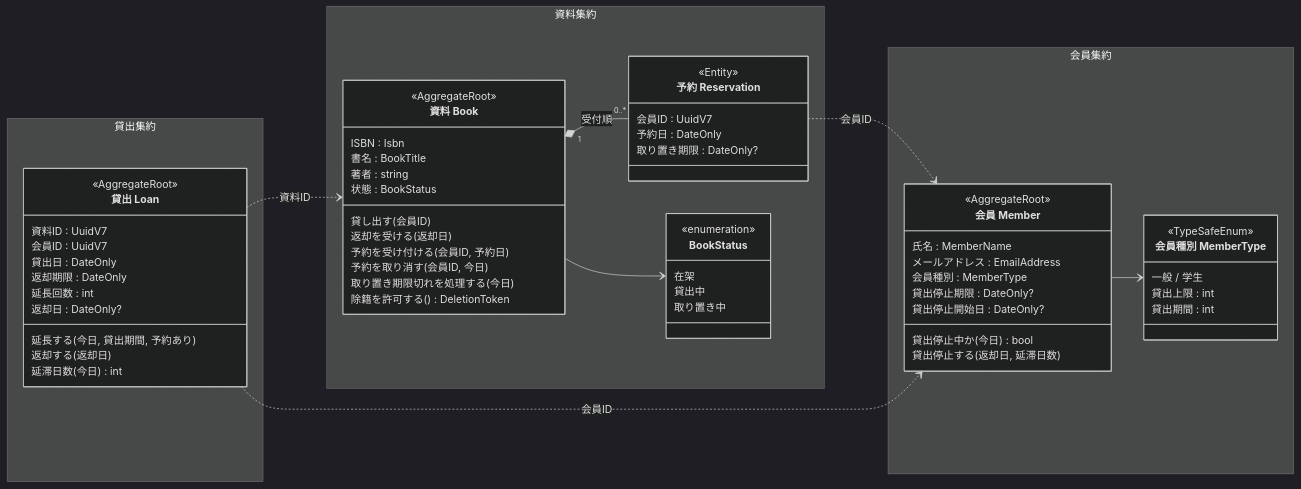
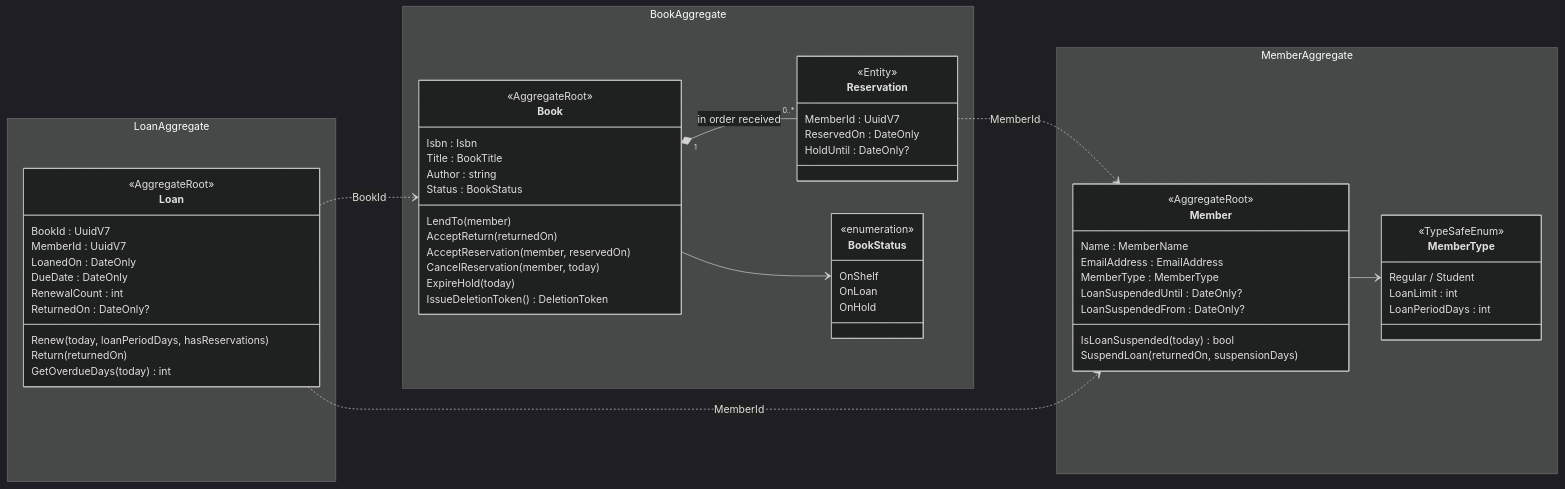
Before and after one commit to sashimi343/D3Fragments: the diagram in demo/01_BasicWebApp/README.md, drawn with Mermaid (dark theme). The commit also changed other lines of this file and 87 other files, not shown here.

````diff
--- a/demo/01_BasicWebApp/README.md
+++ b/demo/01_BasicWebApp/README.md
@@ -64,73 +64,73 @@
 ```mermaid
 classDiagram
     direction LR
 
-    namespace 会員集約 {
-        class Member["会員 Member"] {
+    namespace MemberAggregate {
+        class Member {
             <<AggregateRoot>>
-            氏名 : MemberName
-            メールアドレス : EmailAddress
-            会員種別 : MemberType
-            貸出停止期限 : DateOnly?
-            貸出停止開始日 : DateOnly?
-            貸出停止中か(今日) bool
-            貸出停止する(返却日, 延滞日数)
+            Name : MemberName
+            EmailAddress : EmailAddress
+            MemberType : MemberType
+            LoanSuspendedUntil : DateOnly?
+            LoanSuspendedFrom : DateOnly?
+            IsLoanSuspended(today) bool
+            SuspendLoan(returnedOn, suspensionDays)
         }
-        class MemberType["会員種別 MemberType"] {
+        class MemberType {
             <<TypeSafeEnum>>
-            一般 / 学生
-            貸出上限 : int
-            貸出期間 : int
+            Regular / Student
+            LoanLimit : int
+            LoanPeriodDays : int
         }
     }
 
-    namespace 資料集約 {
-        class Book["資料 Book"] {
+    namespace BookAggregate {
+        class Book {
             <<AggregateRoot>>
-            ISBN : Isbn
-            書名 : BookTitle
-            著者 : string
-            状態 : BookStatus
-            貸し出す(会員ID)
-            返却を受ける(返却日)
-            予約を受け付ける(会員ID, 予約日)
-            予約を取り消す(会員ID, 今日)
-            取り置き期限切れを処理する(今日)
-            除籍を許可する() DeletionToken
+            Isbn : Isbn
+            Title : BookTitle
+            Author : string
+            Status : BookStatus
+            LendTo(member)
+            AcceptReturn(returnedOn)
+            AcceptReservation(member, reservedOn)
+            CancelReservation(member, today)
+            ExpireHold(today)
+            IssueDeletionToken() DeletionToken
         }
-        class Reservation["予約 Reservation"] {
+        class Reservation {
             <<Entity>>
-            会員ID : UuidV7
-            予約日 : DateOnly
-            取り置き期限 : DateOnly?
+            MemberId : UuidV7
+            ReservedOn : DateOnly
+            HoldUntil : DateOnly?
         }
         class BookStatus {
             <<enumeration>>
-            在架
-            貸出中
-            取り置き中
+            OnShelf
+            OnLoan
+            OnHold
         }
     }
 
-    namespace 貸出集約 {
-        class Loan["貸出 Loan"] {
+    namespace LoanAggregate {
+        class Loan {
             <<AggregateRoot>>
-            資料ID : UuidV7
-            会員ID : UuidV7
-            貸出日 : DateOnly
-            返却期限 : DateOnly
-            延長回数 : int
-            返却日 : DateOnly?
-            延長する(今日, 貸出期間, 予約あり)
-            返却する(返却日)
-            延滞日数(今日) int
+            BookId : UuidV7
+            MemberId : UuidV7
+            LoanedOn : DateOnly
+            DueDate : DateOnly
+            RenewalCount : int
+            ReturnedOn : DateOnly?
+            Renew(today, loanPeriodDays, hasReservations)
+            Return(returnedOn)
+            GetOverdueDays(today) int
         }
     }
 
     Member --> MemberType
-    Book "1" *-- "0..*" Reservation : 受付順
+    Book "1" *-- "0..*" Reservation : in order received
     Book --> BookStatus
-    Reservation ..> Member : 会員ID
-    Loan ..> Book : 資料ID
-    Loan ..> Member : 会員ID
+    Reservation ..> Member : MemberId
+    Loan ..> Book : BookId
+    Loan ..> Member : MemberId
 ```
````
